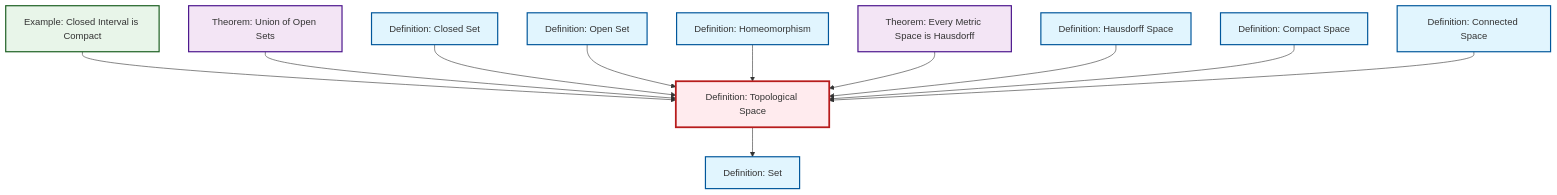
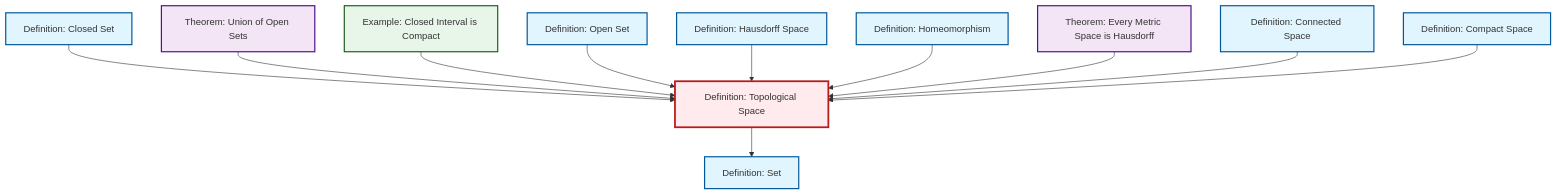
Before and after one commit to RK0429/ModernMath: the diagram in content/en/topology/def-topological-space.qmd, drawn with Mermaid. The commit also changed other lines of this file and 360 other files, not shown here.

````diff
--- a/content/en/topology/def-topological-space.qmd
+++ b/content/en/topology/def-topological-space.qmd
@@ -59,41 +59,41 @@
 ```{mermaid}
 %%| fig-cap: "Local dependency graph"
 graph TD
     classDef definition fill:#e1f5fe,stroke:#01579b,stroke-width:2px
     classDef theorem fill:#f3e5f5,stroke:#4a148c,stroke-width:2px
     classDef axiom fill:#fff3e0,stroke:#e65100,stroke-width:2px
     classDef example fill:#e8f5e9,stroke:#1b5e20,stroke-width:2px
     classDef current fill:#ffebee,stroke:#b71c1c,stroke-width:3px
+    thm-metric-hausdorff["Theorem: Every Metric Space is Hausdorff"]:::theorem
+    def-open-set["Definition: Open Set"]:::definition
+    def-topological-space["Definition: Topological Space"]:::definition
+    def-closed-set["Definition: Closed Set"]:::definition
     def-hausdorff["Definition: Hausdorff Space"]:::definition
-    def-closed-set["Definition: Closed Set"]:::definition
+    def-compact["Definition: Compact Space"]:::definition
+    def-homeomorphism["Definition: Homeomorphism"]:::definition
     def-connected["Definition: Connected Space"]:::definition
-    def-topological-space["Definition: Topological Space"]:::definition
-    def-open-set["Definition: Open Set"]:::definition
-    def-compact["Definition: Compact Space"]:::definition
+    def-set["Definition: Set"]:::definition
     ex-closed-interval-compact["Example: Closed Interval is Compact"]:::example
     thm-union-open-sets["Theorem: Union of Open Sets"]:::theorem
-    def-homeomorphism["Definition: Homeomorphism"]:::definition
-    def-set["Definition: Set"]:::definition
-    thm-metric-hausdorff["Theorem: Every Metric Space is Hausdorff"]:::theorem
-    ex-closed-interval-compact --> def-topological-space
+    def-closed-set --> def-topological-space
     def-topological-space --> def-set
     thm-union-open-sets --> def-topological-space
-    def-closed-set --> def-topological-space
+    ex-closed-interval-compact --> def-topological-space
     def-open-set --> def-topological-space
+    def-hausdorff --> def-topological-space
     def-homeomorphism --> def-topological-space
     thm-metric-hausdorff --> def-topological-space
-    def-hausdorff --> def-topological-space
+    def-connected --> def-topological-space
     def-compact --> def-topological-space
-    def-connected --> def-topological-space
     class def-topological-space current
+    click thm-metric-hausdorff "thm-metric-hausdorff.html" "Go to Every Metric Space is Hausdorff theorem"
+    click def-open-set "def-open-set.html" "Go to Open Set definition"
+    click def-closed-set "def-closed-set.html" "Go to Closed Set definition"
     click def-hausdorff "def-hausdorff.html" "Go to Hausdorff Space definition"
-    click def-closed-set "def-closed-set.html" "Go to Closed Set definition"
+    click def-compact "def-compact.html" "Go to Compact Space definition"
+    click def-homeomorphism "def-homeomorphism.html" "Go to Homeomorphism definition"
     click def-connected "def-connected.html" "Go to Connected Space definition"
-    click def-open-set "def-open-set.html" "Go to Open Set definition"
-    click def-compact "def-compact.html" "Go to Compact Space definition"
+    click def-set "def-set.html" "Go to Set definition"
     click ex-closed-interval-compact "ex-closed-interval-compact.html" "Go to Closed Interval is Compact example"
     click thm-union-open-sets "thm-union-open-sets.html" "Go to Union of Open Sets theorem"
-    click def-homeomorphism "def-homeomorphism.html" "Go to Homeomorphism definition"
-    click def-set "def-set.html" "Go to Set definition"
-    click thm-metric-hausdorff "thm-metric-hausdorff.html" "Go to Every Metric Space is Hausdorff theorem"
 ```
````
